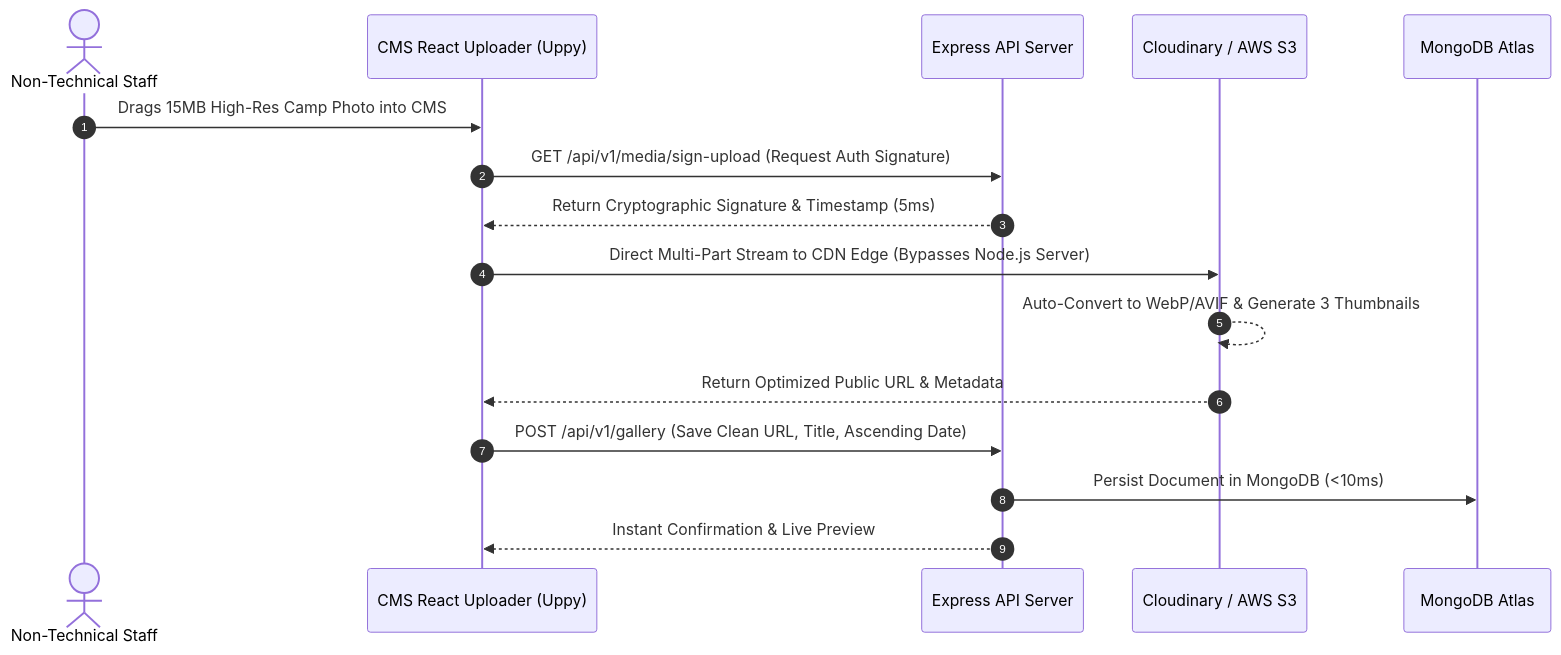
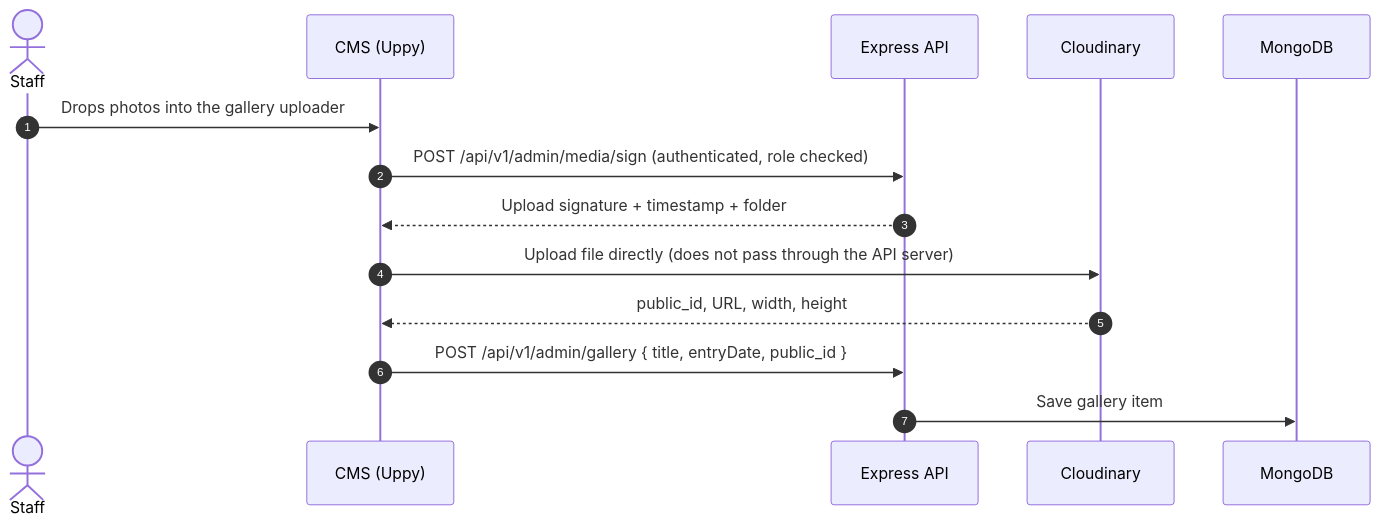
The second of 3 diagrams in STEMOTICS_R&D_Documentation/DOC/Phase-09-MERN-Architecture.md (sohailamir06/STEMOTICS-Website-CMS), drawn with Mermaid before and after one commit. The commit also changed other lines of this file and 12 other files, not shown here.

````diff
--- a/STEMOTICS_R&D_Documentation/DOC/Phase-09-MERN-Architecture.md
+++ b/STEMOTICS_R&D_Documentation/DOC/Phase-09-MERN-Architecture.md
@@ -84,19 +81,17 @@
 ```mermaid
 sequenceDiagram
     autonumber
-    actor Staff as Non-Technical Staff
-    participant UI as CMS React Uploader (Uppy)
-    participant API as Express API Server
-    participant CDN as Cloudinary / AWS S3
-    participant DB as MongoDB Atlas
+    actor Staff
+    participant UI as CMS (Uppy)
+    participant API as Express API
+    participant CDN as Cloudinary
+    participant DB as MongoDB
 
-    Staff->>UI: Drags 15MB High-Res Camp Photo into CMS
-    UI->>API: GET /api/v1/media/sign-upload (Request Auth Signature)
-    API-->>UI: Return Cryptographic Signature & Timestamp (5ms)
-    UI->>CDN: Direct Multi-Part Stream to CDN Edge (Bypasses Node.js Server)
-    CDN-->>CDN: Auto-Convert to WebP/AVIF & Generate 3 Thumbnails
-    CDN-->>UI: Return Optimized Public URL & Metadata
-    UI->>API: POST /api/v1/gallery (Save Clean URL, Title, Ascending Date)
-    API->>DB: Persist Document in MongoDB (<10ms)
-    API-->>UI: Instant Confirmation & Live Preview
+    Staff->>UI: Drops photos into the gallery uploader
+    UI->>API: POST /api/v1/admin/media/sign (authenticated, role checked)
+    API-->>UI: Upload signature + timestamp + folder
+    UI->>CDN: Upload file directly (does not pass through the API server)
+    CDN-->>UI: public_id, URL, width, height
+    UI->>API: POST /api/v1/admin/gallery { title, entryDate, public_id }
+    API->>DB: Save gallery item
 ```
````
